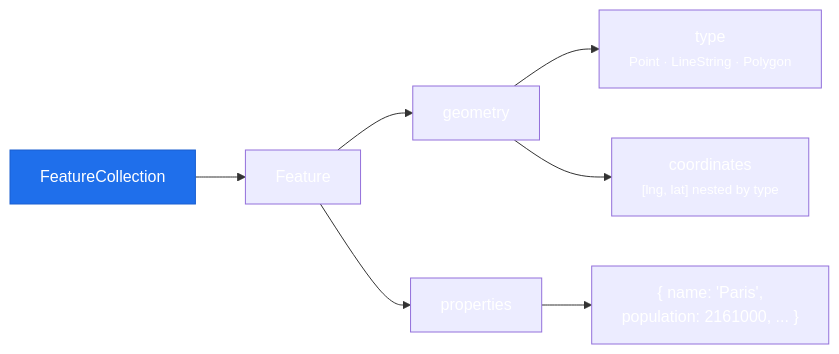
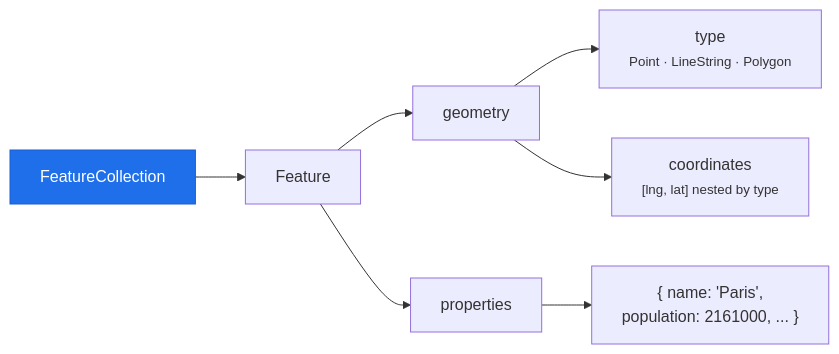
One commit to maplibre/flutter-maplibre-gl changed the diagram in website/docs/concepts/geojson.md. Above: the diagram before and after it, drawn with Mermaid. The commit also changed other lines of this file and 364 other files, not shown here.

````diff
--- a/website/docs/concepts/geojson.md
+++ b/website/docs/concepts/geojson.md
@@ -9,12 +9,12 @@
 ```mermaid
 flowchart LR
     FC["FeatureCollection"] --> F["Feature"]
     F --> G["geometry"]
     F --> P["properties"]
     G --> GT["type<br/><small>Point · LineString · Polygon</small>"]
     G --> GC["coordinates<br/><small>[lng, lat] nested by type</small>"]
     P --> PV["{ name: 'Paris',<br/>population: 2161000, ... }"]
 
-    classDef root fill:#1f6feb,stroke:#1a5fd0,color:#fff;
-    class FC root
+    classDef emphasis fill:#1f6feb,stroke:#1a5fd0,color:#fff;
+    class FC emphasis
 ```
````
